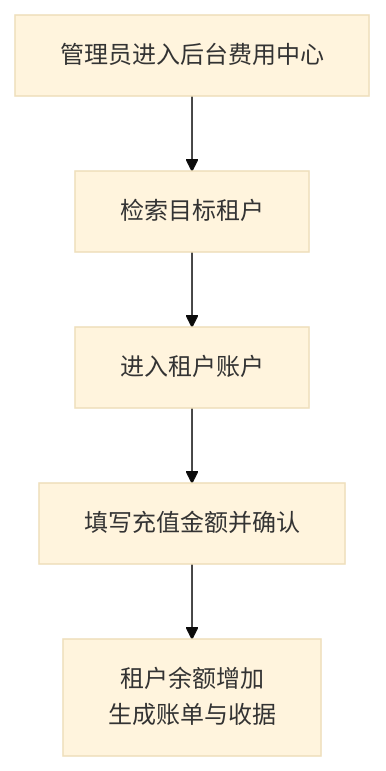
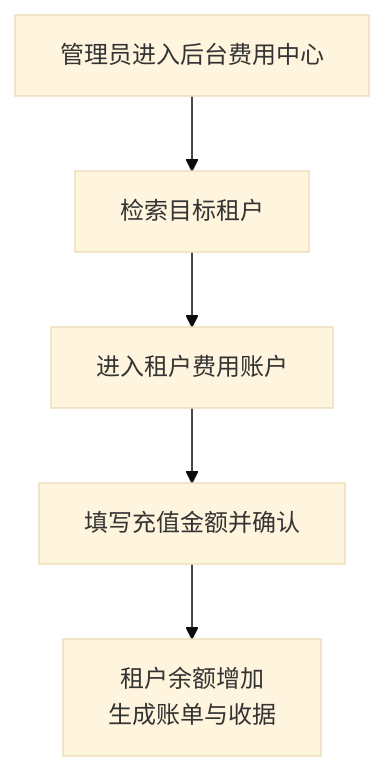
Before and after one commit to Deliay/z-agent-gear: the fourth of 4 diagrams in docs/product/draft/20261027-multi-tenant-phase1.md, drawn with Mermaid (base theme). The commit also changed other lines of this file and 3 other files, not shown here.

````diff
--- a/docs/product/draft/20261027-multi-tenant-phase1.md
+++ b/docs/product/draft/20261027-multi-tenant-phase1.md
@@ -161,7 +172,7 @@
 ```mermaid
 flowchart TD
     A[管理员进入后台费用中心] --> B[检索目标租户]
-    B --> C[进入租户账户]
+    B --> C[进入租户费用账户]
     C --> D[填写充值金额并确认]
     D --> E[租户余额增加<br/>生成账单与收据]
 ```
````
